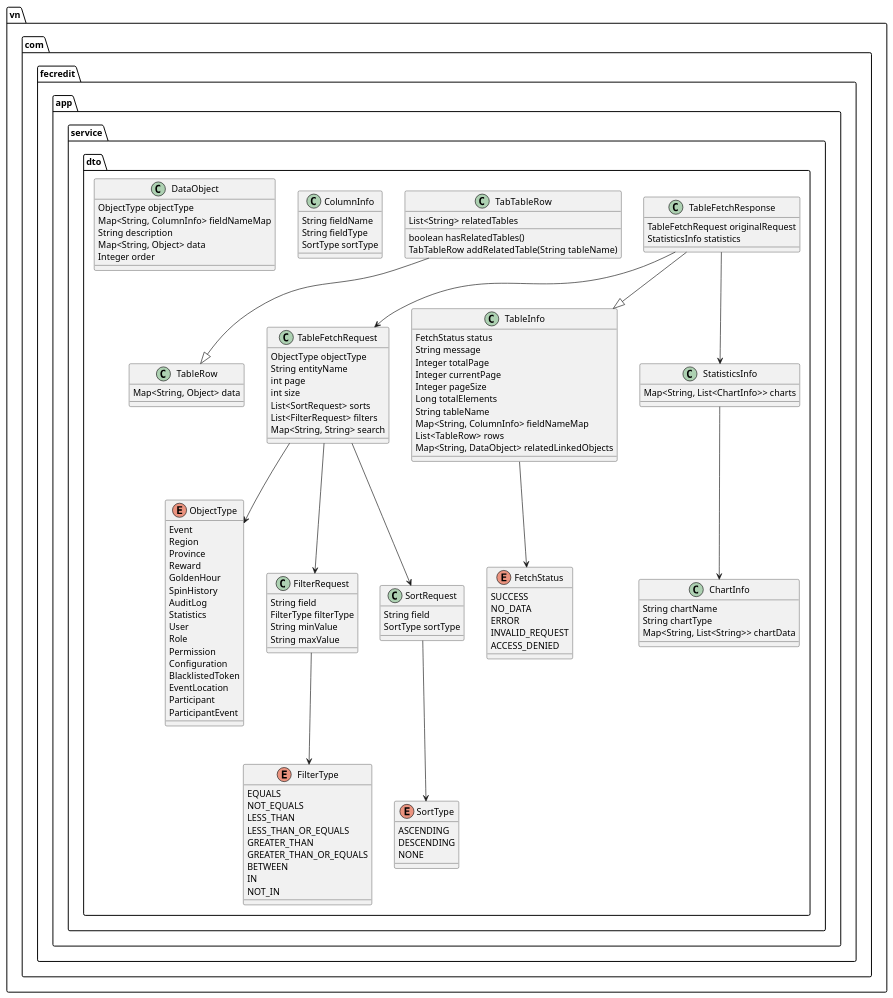
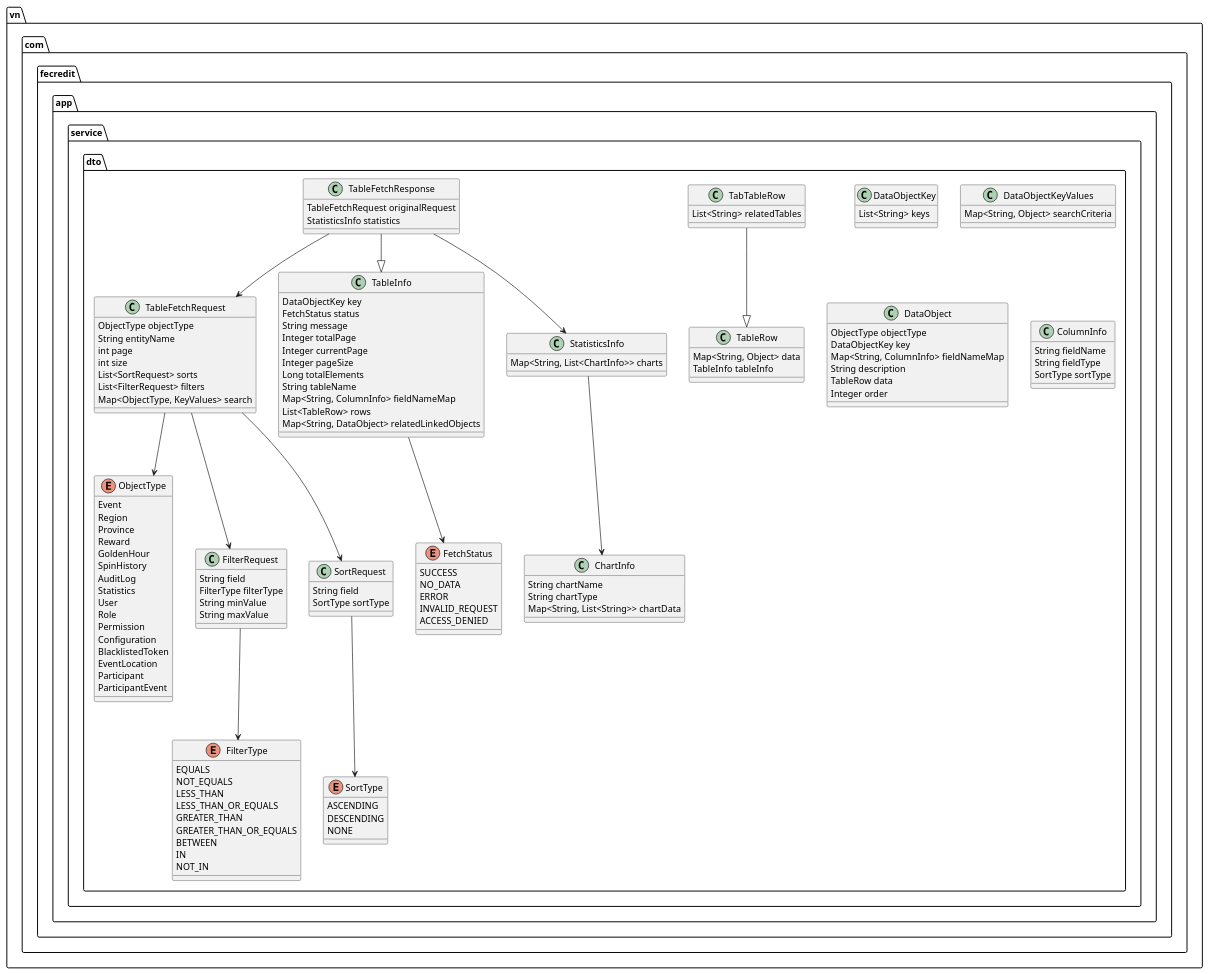
Before and after one commit to dnguyenminh/luckydraw-roo: the diagram in docs/api/CommonAPIRequestAndResponse.puml, drawn with PlantUML. The commit also changed 99 other files, not shown here.

```diff
--- a/docs/api/CommonAPIRequestAndResponse.puml
+++ b/docs/api/CommonAPIRequestAndResponse.puml
@@ -1,139 +1,149 @@
 @startuml CommonAPIRequestAndResponse
 
 ' Common API Request and Response Models
 
 namespace vn.com.fecredit.app.service.dto {
-    
+
     enum ObjectType {
         Event
         Region
         Province
         Reward
         GoldenHour
         SpinHistory
         AuditLog
         Statistics
         User
         Role
         Permission
         Configuration
         BlacklistedToken
         EventLocation
         Participant
         ParticipantEvent
     }
-    
+
     enum FetchStatus {
         SUCCESS
         NO_DATA
         ERROR
         INVALID_REQUEST
         ACCESS_DENIED
     }
-    
+
     enum SortType {
         ASCENDING
         DESCENDING
         NONE
     }
-    
+
     enum FilterType {
         EQUALS
         NOT_EQUALS
         LESS_THAN
         LESS_THAN_OR_EQUALS
         GREATER_THAN
         GREATER_THAN_OR_EQUALS
         BETWEEN
         IN
         NOT_IN
     }
-    
+
+    class DataObjectKey {
+        List<String> keys
+    }
+
+    class DataObjectKeyValues {
+        Map<String, Object> searchCriteria
+    }
+
+    class TableRow {
+        Map<String, Object> data
+        TableInfo tableInfo
+    }
+
+    class TabTableRow {
+        List<String> relatedTables
+    }
+
+    class DataObject {
+        ObjectType objectType
+        DataObjectKey key
+        Map<String, ColumnInfo> fieldNameMap
+        String description
+        TableRow data
+        Integer order
+    }
+
     class TableFetchRequest {
         ObjectType objectType
         String entityName
         int page
         int size
         List<SortRequest> sorts
         List<FilterRequest> filters
-        Map<String, String> search
+        Map<ObjectType, KeyValues> search
     }
-    
+
     class TableFetchResponse {
         TableFetchRequest originalRequest
         StatisticsInfo statistics
     }
-    
+
     class TableInfo {
+        DataObjectKey key
         FetchStatus status
         String message
         Integer totalPage
         Integer currentPage
         Integer pageSize
         Long totalElements
         String tableName
         Map<String, ColumnInfo> fieldNameMap
         List<TableRow> rows
         Map<String, DataObject> relatedLinkedObjects
     }
-    
-    class TableRow {
-        Map<String, Object> data
-    }
-    
-    class TabTableRow {
-        List<String> relatedTables
-        boolean hasRelatedTables()
-        TabTableRow addRelatedTable(String tableName)
-    }
-    
+
     class FilterRequest {
         String field
         FilterType filterType
         String minValue
         String maxValue
     }
-    
+
     class SortRequest {
         String field
         SortType sortType
     }
-    
+
     class ColumnInfo {
         String fieldName
         String fieldType
         SortType sortType
     }
-    
+
     class StatisticsInfo {
         Map<String, List<ChartInfo>> charts
     }
-    
+
     class ChartInfo {
         String chartName
         String chartType
         Map<String, List<String>> chartData
     }
-    
-    class DataObject {
-        ObjectType objectType
-        Map<String, ColumnInfo> fieldNameMap
-        String description
-        Map<String, Object> data
-        Integer order
-    }
-    
+
+
     TableFetchResponse --|> TableInfo
     TabTableRow --|> TableRow
     TableFetchResponse --> TableFetchRequest
     TableFetchResponse --> StatisticsInfo
     TableFetchRequest --> ObjectType
     TableInfo --> FetchStatus
     TableFetchRequest --> SortRequest
     TableFetchRequest --> FilterRequest
     SortRequest --> SortType
     FilterRequest --> FilterType
     StatisticsInfo --> ChartInfo
 }
 
 @enduml
```
